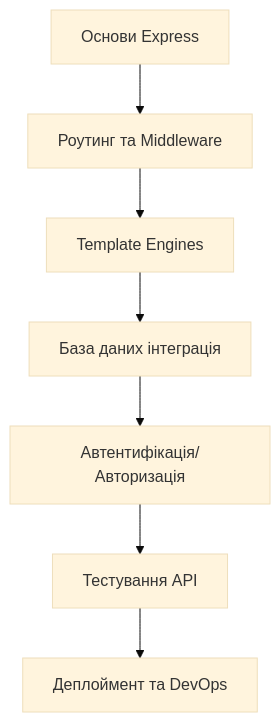
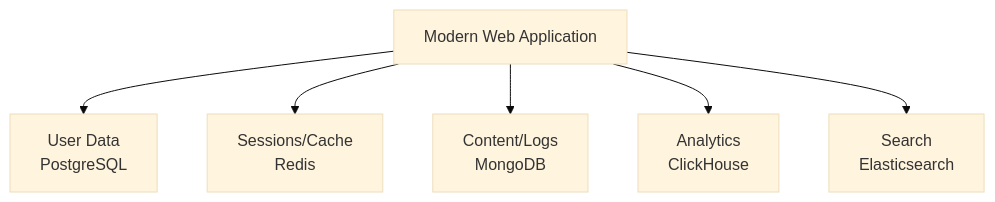
One commit to olroi421/course-web changed the eighth of 9 diagrams in docs/presentations/presentation-05.md. Above: the diagram before and after it, drawn with Mermaid (base theme). The commit also changed other lines of this file, not shown here.

````diff
--- a/docs/presentations/presentation-05.md
+++ b/docs/presentations/presentation-05.md
@@ -567,9 +539,8 @@
 ```mermaid
-graph TD
-    A[Основи Express] --> B[Роутинг та Middleware]
-    B --> C[Template Engines]
-    C --> D[База даних інтеграція]
-    D --> E[Автентифікація/Авторизація]
-    E --> F[Тестування API]
-    F --> G[Деплоймент та DevOps]
+graph TB
+    A[Modern Web Application] --> B[User Data<br/>PostgreSQL]
+    A --> C[Sessions/Cache<br/>Redis]
+    A --> D[Content/Logs<br/>MongoDB]
+    A --> E[Analytics<br/>ClickHouse]
+    A --> F[Search<br/>Elasticsearch]
 ```
````
